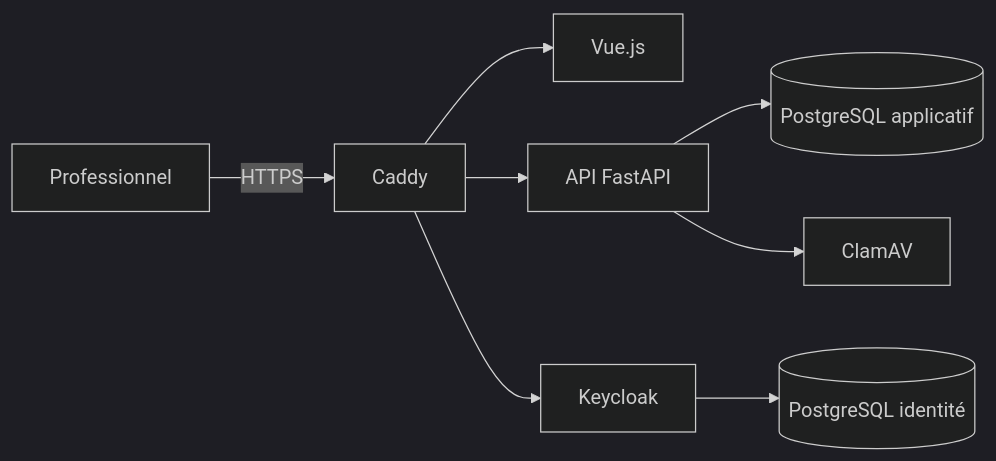
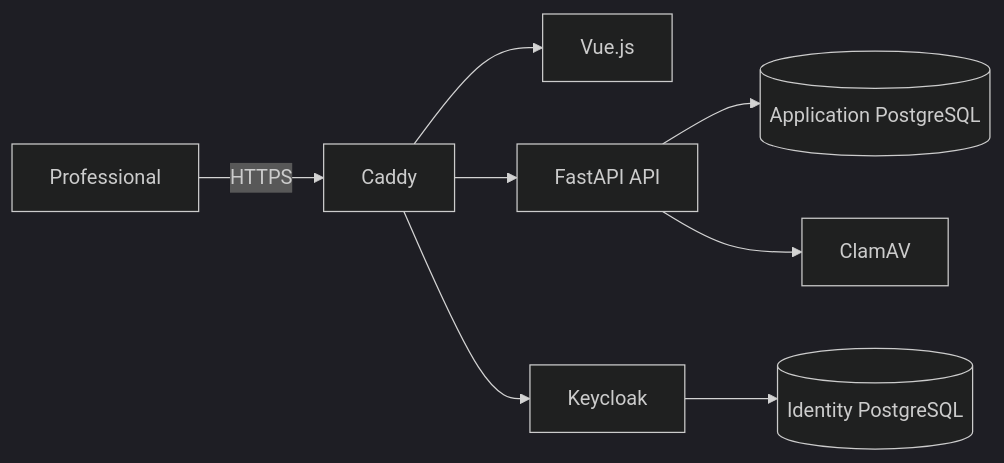
The diagram in README.md (transmy-spec/Transmy), drawn with Mermaid (dark theme) before and after one commit. The commit also changed other lines of this file, not shown here.

````diff
--- a/README.md
+++ b/README.md
@@ -37,10 +48,10 @@
 ```mermaid
 flowchart LR
-    U[Professionnel] -->|HTTPS| C[Caddy]
+    U[Professional] -->|HTTPS| C[Caddy]
     C --> F[Vue.js]
-    C --> A[API FastAPI]
+    C --> A[FastAPI API]
     C --> K[Keycloak]
-    A --> P[(PostgreSQL applicatif)]
+    A --> P[(Application PostgreSQL)]
     A --> V[ClamAV]
-    K --> I[(PostgreSQL identité)]
+    K --> I[(Identity PostgreSQL)]
 ```
````
